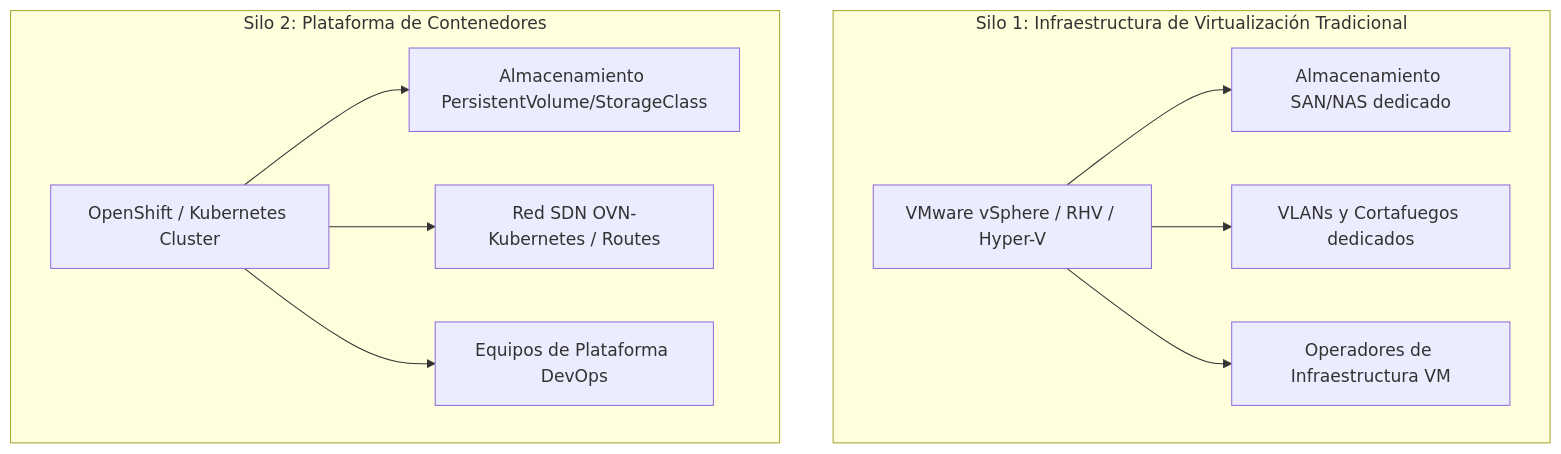
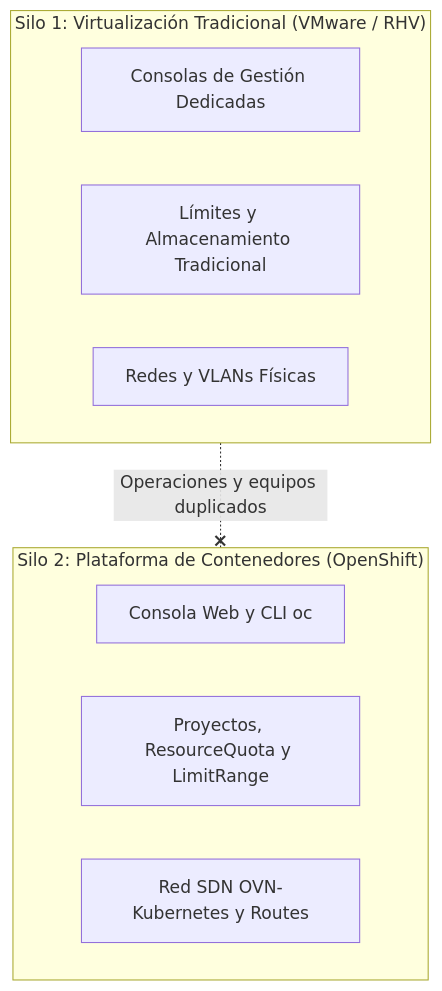
One commit to ieftraining/curso-openshift changed the first of 4 diagrams in docs/sesion4/4.8 Openshift Virtualization.md. Above: the diagram before and after it, drawn with Mermaid. The commit also changed other lines of this file, not shown here.

````diff
--- a/docs/sesion4/4.8 Openshift Virtualization.md
+++ b/docs/sesion4/4.8 Openshift Virtualization.md
@@ -22,14 +20,16 @@
 ```mermaid
 flowchart TD
-    subgraph Silo 1: Infraestructura de Virtualización Tradicional
-        A1[VMware vSphere / RHV / Hyper-V] --> A2[Almacenamiento SAN/NAS dedicado]
-        A1 --> A3[VLANs y Cortafuegos dedicados]
-        A1 --> A4[Operadores de Infraestructura VM]
+    subgraph Silo1 ["Silo 1: Virtualización Tradicional (VMware / RHV)"]
+        A1[Consolas de Gestión Dedicadas]
+        A2[Límites y Almacenamiento Tradicional]
+        A3[Redes y VLANs Físicas]
     end
 
-    subgraph Silo 2: Plataforma de Contenedores
-        B1[OpenShift / Kubernetes Cluster] --> B2[Almacenamiento PersistentVolume/StorageClass]
-        B1 --> B3[Red SDN OVN-Kubernetes / Routes]
-        B1 --> B4[Equipos de Plataforma DevOps]
+    subgraph Silo2 ["Silo 2: Plataforma de Contenedores (OpenShift)"]
+        B1[Consola Web y CLI oc]
+        B2[Proyectos, ResourceQuota y LimitRange]
+        B3[Red SDN OVN-Kubernetes y Routes]
     end
+
+    Silo1 -.-x|Operaciones y equipos duplicados| Silo2
 ```
````
